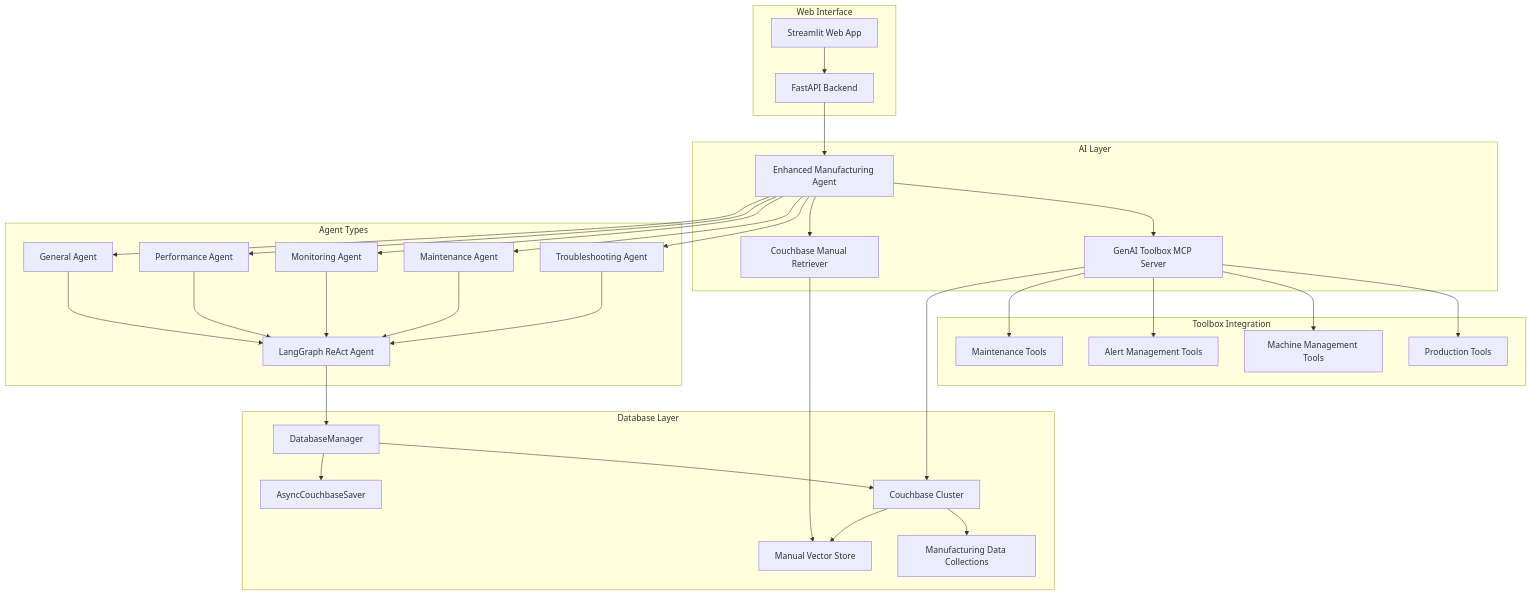
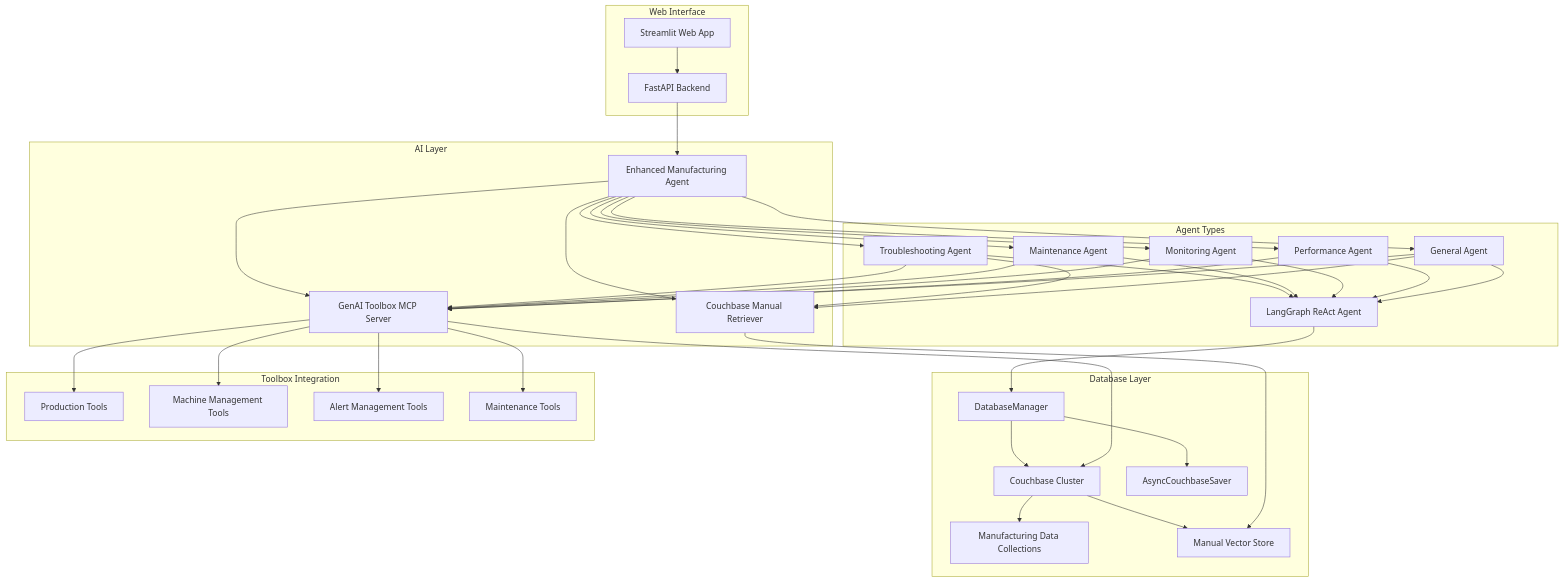
One commit to couchbase-examples/couchbase-google-mcp-toolbox-demo changed the first of 2 diagrams in README.md. Above: the diagram before and after it, drawn with Mermaid.

````diff
--- a/README.md
+++ b/README.md
@@ -20,43 +20,54 @@
 ```mermaid
 graph TB
     subgraph "Web Interface"
         A[Streamlit Web App] --> B[FastAPI Backend]
     end
     
     subgraph "AI Layer"
         B --> C[Enhanced Manufacturing Agent]
         C --> D[GenAI Toolbox MCP Server]
         C --> E[Couchbase Manual Retriever]
     end
     
     subgraph "Agent Types"
         F[Troubleshooting Agent] --> G[LangGraph ReAct Agent]
         H[Maintenance Agent] --> G
         I[Monitoring Agent] --> G
         J[Performance Agent] --> G
         K[General Agent] --> G
     end
     
     subgraph "Database Layer"
         L[DatabaseManager] --> M[Couchbase Cluster]
         L --> N[AsyncCouchbaseSaver]
         M --> O[Manufacturing Data Collections]
         M --> P[Manual Vector Store]
     end
     
     subgraph "Toolbox Integration"
         D --> Q[Production Tools]
         D --> R[Machine Management Tools]
         D --> S[Alert Management Tools]
         D --> T[Maintenance Tools]
     end
     
     C --> F
     C --> H
     C --> I
     C --> J
     C --> K
     G --> L
     E --> P
     D --> M
+
+    %% Agents access toolsets via MCP server
+    F --> D
+    H --> D
+    I --> D
+    J --> D
+    K --> D
+
+    %% Manual search available only to troubleshooting and general agents
+    F --> E
+    K --> E
 ```
````
